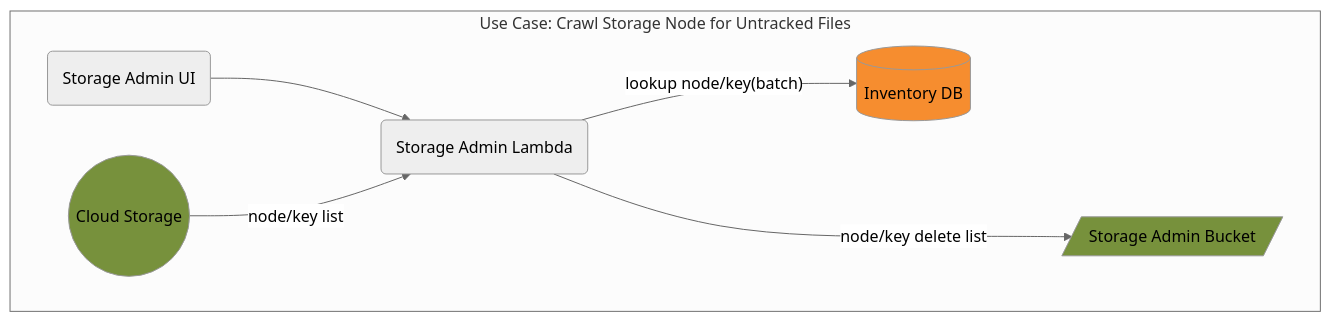
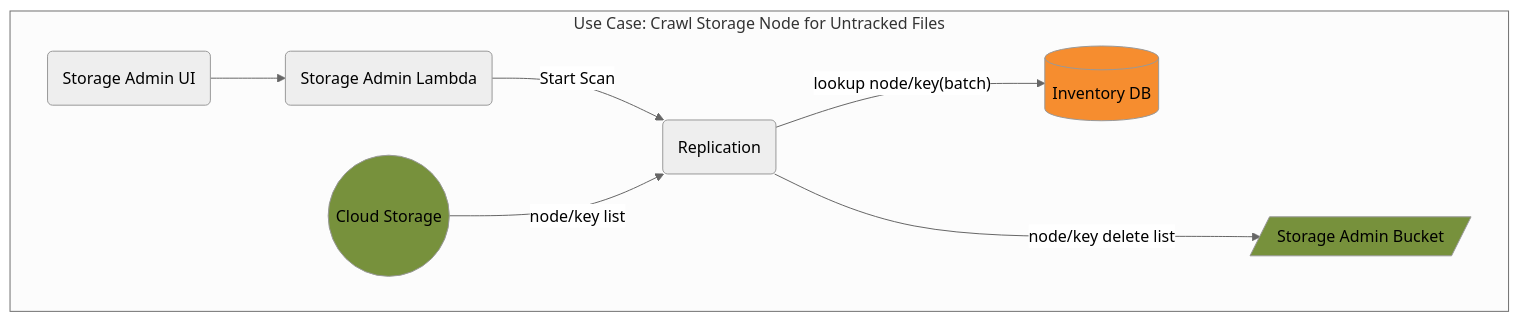
One commit to CDLUC3/mrt-doc changed the diagram in diagrams/store-admin-scan-node.mmd. Above: the diagram before and after it, drawn with Mermaid. The commit also changed 9 other files, not shown here.

```diff
--- a/diagrams/store-admin-scan-node.mmd
+++ b/diagrams/store-admin-scan-node.mmd
@@ -1,18 +1,20 @@
 %%{init: {'theme': 'neutral', 'securityLevel': 'loose'}}%%
 graph TD
   SAUI("Storage Admin UI")
   SA("Storage Admin Lambda")
+  REPLIC("Replication")
   RDS[(Inventory DB)]
   SABUCK[/"Storage Admin Bucket"/]
   CLOUD(("Cloud Storage"))
 
   subgraph "Use Case: Crawl Storage Node for Untracked Files"
     SAUI-->SA
-    CLOUD-->|"node/key list"|SA
-    SA-->|"lookup node/key(batch)"|RDS
-    SA--->|"node/key delete list"|SABUCK
+    SA-->|"Start Scan"|REPLIC
+    CLOUD-->|"node/key list"|REPLIC
+    REPLIC-->|"lookup node/key(batch)"|RDS
+    REPLIC--->|"node/key delete list"|SABUCK
   end
 
   style RDS fill:#F68D2F
   style SABUCK fill:#77913C
   style CLOUD fill:#77913C
```
